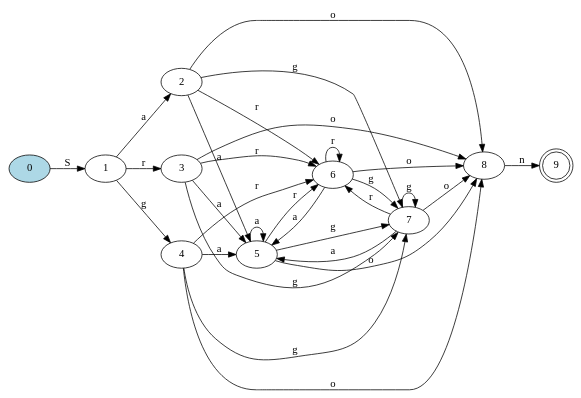
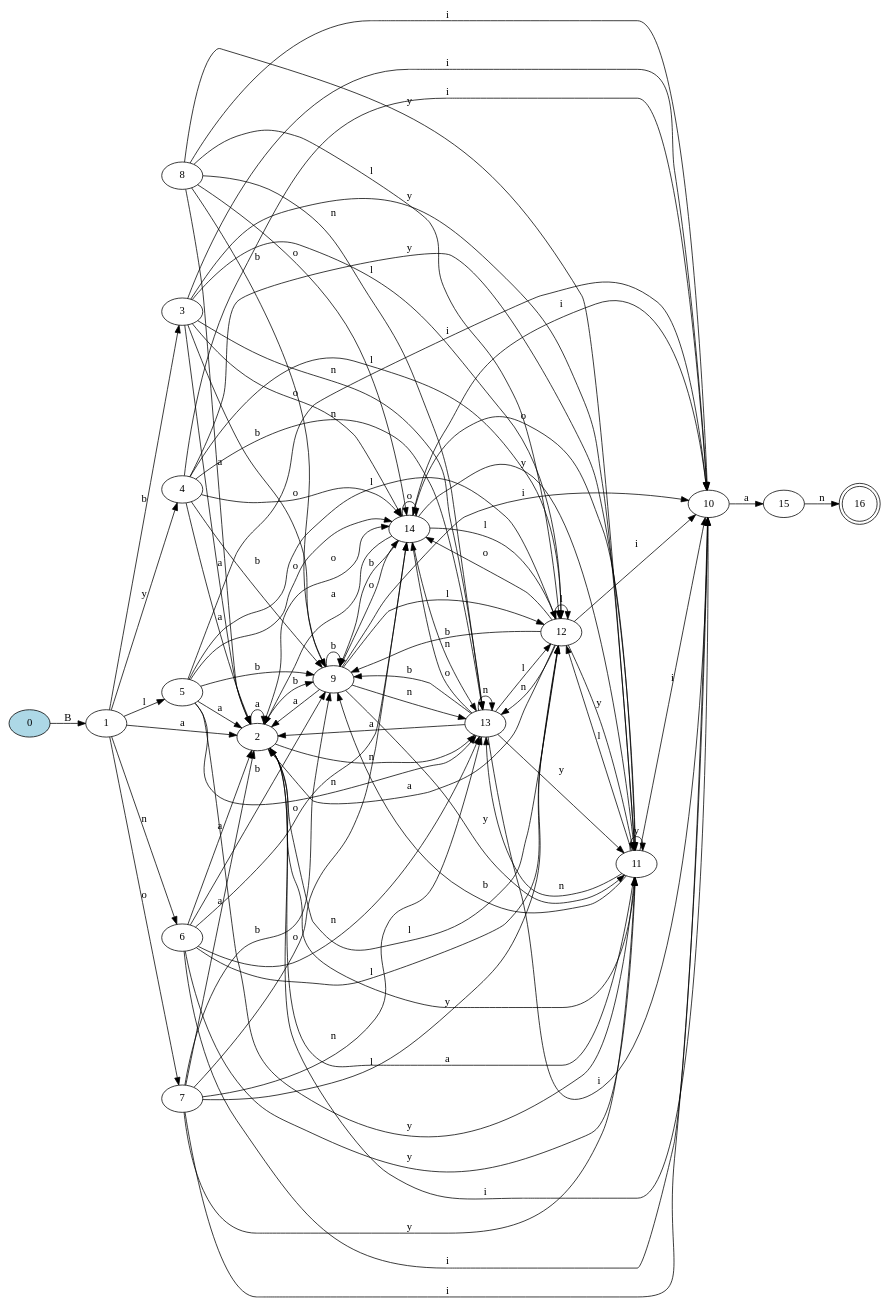
Before and after one commit to Daniel-Sima/Clone-of-the-egrep-UNIX-command: the diagram in DFA.dot, drawn with Graphviz. The commit also changed 16 other files, not shown here.

```diff
--- a/DFA.dot
+++ b/DFA.dot
@@ -1,36 +1,100 @@
 digraph {
 	rankdir=LR;
 
-	9 [shape=doublecircle]
+	16 [shape=doublecircle]
 	0 [style=filled, fillcolor="lightblue"]
 
-	0->1 [label= "S"];
+	0->1 [label= "B"];
 	1->2 [label= "a"];
-	1->3 [label= "r"];
-	1->4 [label= "g"];
-	2->5 [label= "a"];
-	2->6 [label= "r"];
-	2->7 [label= "g"];
-	2->8 [label= "o"];
-	3->5 [label= "a"];
-	3->6 [label= "r"];
-	3->7 [label= "g"];
-	3->8 [label= "o"];
-	4->5 [label= "a"];
-	4->6 [label= "r"];
-	4->7 [label= "g"];
-	4->8 [label= "o"];
-	5->5 [label= "a"];
-	5->6 [label= "r"];
-	5->7 [label= "g"];
-	5->8 [label= "o"];
-	6->5 [label= "a"];
-	6->6 [label= "r"];
-	6->7 [label= "g"];
-	6->8 [label= "o"];
-	7->5 [label= "a"];
-	7->6 [label= "r"];
-	7->7 [label= "g"];
-	7->8 [label= "o"];
-	8->9 [label= "n"];
+	1->3 [label= "b"];
+	1->4 [label= "y"];
+	1->5 [label= "l"];
+	1->6 [label= "n"];
+	1->7 [label= "o"];
+	2->2 [label= "a"];
+	2->9 [label= "b"];
+	2->10 [label= "i"];
+	2->11 [label= "y"];
+	2->12 [label= "l"];
+	2->13 [label= "n"];
+	2->14 [label= "o"];
+	3->2 [label= "a"];
+	3->9 [label= "b"];
+	3->10 [label= "i"];
+	3->11 [label= "y"];
+	3->12 [label= "l"];
+	3->13 [label= "n"];
+	3->14 [label= "o"];
+	4->2 [label= "a"];
+	4->9 [label= "b"];
+	4->10 [label= "i"];
+	4->11 [label= "y"];
+	4->12 [label= "l"];
+	4->13 [label= "n"];
+	4->14 [label= "o"];
+	5->2 [label= "a"];
+	5->9 [label= "b"];
+	5->10 [label= "i"];
+	5->11 [label= "y"];
+	5->12 [label= "l"];
+	5->13 [label= "n"];
+	5->14 [label= "o"];
+	6->2 [label= "a"];
+	6->9 [label= "b"];
+	6->10 [label= "i"];
+	6->11 [label= "y"];
+	6->12 [label= "l"];
+	6->13 [label= "n"];
+	6->14 [label= "o"];
+	7->2 [label= "a"];
+	7->9 [label= "b"];
+	7->10 [label= "i"];
+	7->11 [label= "y"];
+	7->12 [label= "l"];
+	7->13 [label= "n"];
+	7->14 [label= "o"];
+	8->2 [label= "a"];
+	8->9 [label= "b"];
+	8->10 [label= "i"];
+	8->11 [label= "y"];
+	8->12 [label= "l"];
+	8->13 [label= "n"];
+	8->14 [label= "o"];
+	9->2 [label= "a"];
+	9->9 [label= "b"];
+	9->10 [label= "i"];
+	9->11 [label= "y"];
+	9->12 [label= "l"];
+	9->13 [label= "n"];
+	9->14 [label= "o"];
+	10->15 [label= "a"];
+	11->2 [label= "a"];
+	11->9 [label= "b"];
+	11->10 [label= "i"];
+	11->11 [label= "y"];
+	11->12 [label= "l"];
+	11->13 [label= "n"];
+	11->14 [label= "o"];
+	12->2 [label= "a"];
+	12->9 [label= "b"];
+	12->10 [label= "i"];
+	12->11 [label= "y"];
+	12->12 [label= "l"];
+	12->13 [label= "n"];
+	12->14 [label= "o"];
+	13->2 [label= "a"];
+	13->9 [label= "b"];
+	13->10 [label= "i"];
+	13->11 [label= "y"];
+	13->12 [label= "l"];
+	13->13 [label= "n"];
+	13->14 [label= "o"];
+	14->2 [label= "a"];
+	14->9 [label= "b"];
+	14->10 [label= "i"];
+	14->11 [label= "y"];
+	14->12 [label= "l"];
+	14->13 [label= "n"];
+	14->14 [label= "o"];
+	15->16 [label= "n"];
 }
```
